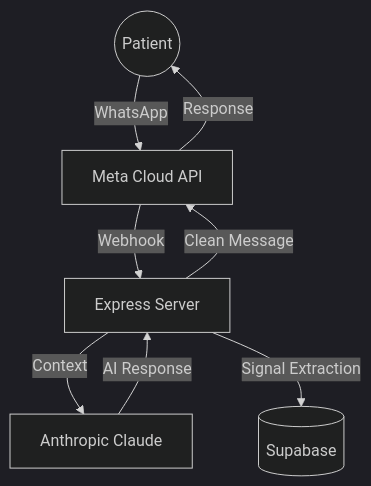
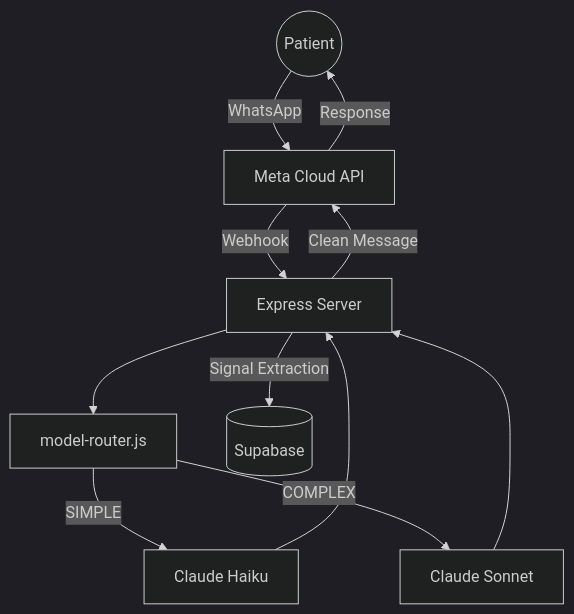
One commit to leosalazarn/valeria-dental-bot changed the diagram in README.md. Above: the diagram before and after it, drawn with Mermaid (dark theme). The commit also changed other lines of this file and 7 other files, not shown here.

Commit message:
Update all docs with model-router: mermaid diagrams, module refs, test counts, security controls

````diff
--- a/README.md
+++ b/README.md
@@ -56,10 +59,13 @@
 ```mermaid
-graph TD
+flowchart TD
     User((Patient)) -- WhatsApp --> Meta[Meta Cloud API]
     Meta -- Webhook --> Express[Express Server]
-    Express -- Context --> Claude[Anthropic Claude]
-    Claude -- AI Response --> Express
+    Express --> Router[model-router.js]
+    Router -- SIMPLE --> Haiku[Claude Haiku]
+    Router -- COMPLEX --> Sonnet[Claude Sonnet]
+    Haiku --> Express
+    Sonnet --> Express
     Express -- Signal Extraction --> DB[(Supabase)]
     Express -- Clean Message --> Meta
     Meta -- Response --> User
 ```
````
